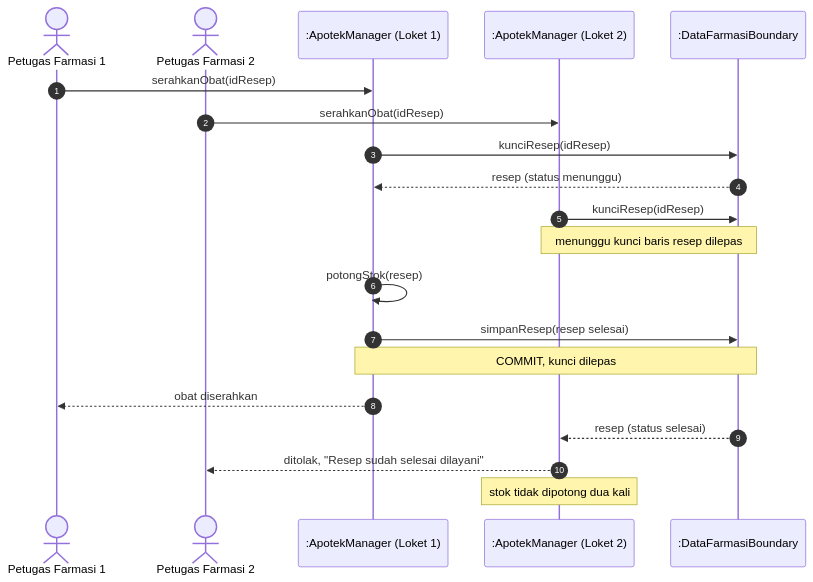
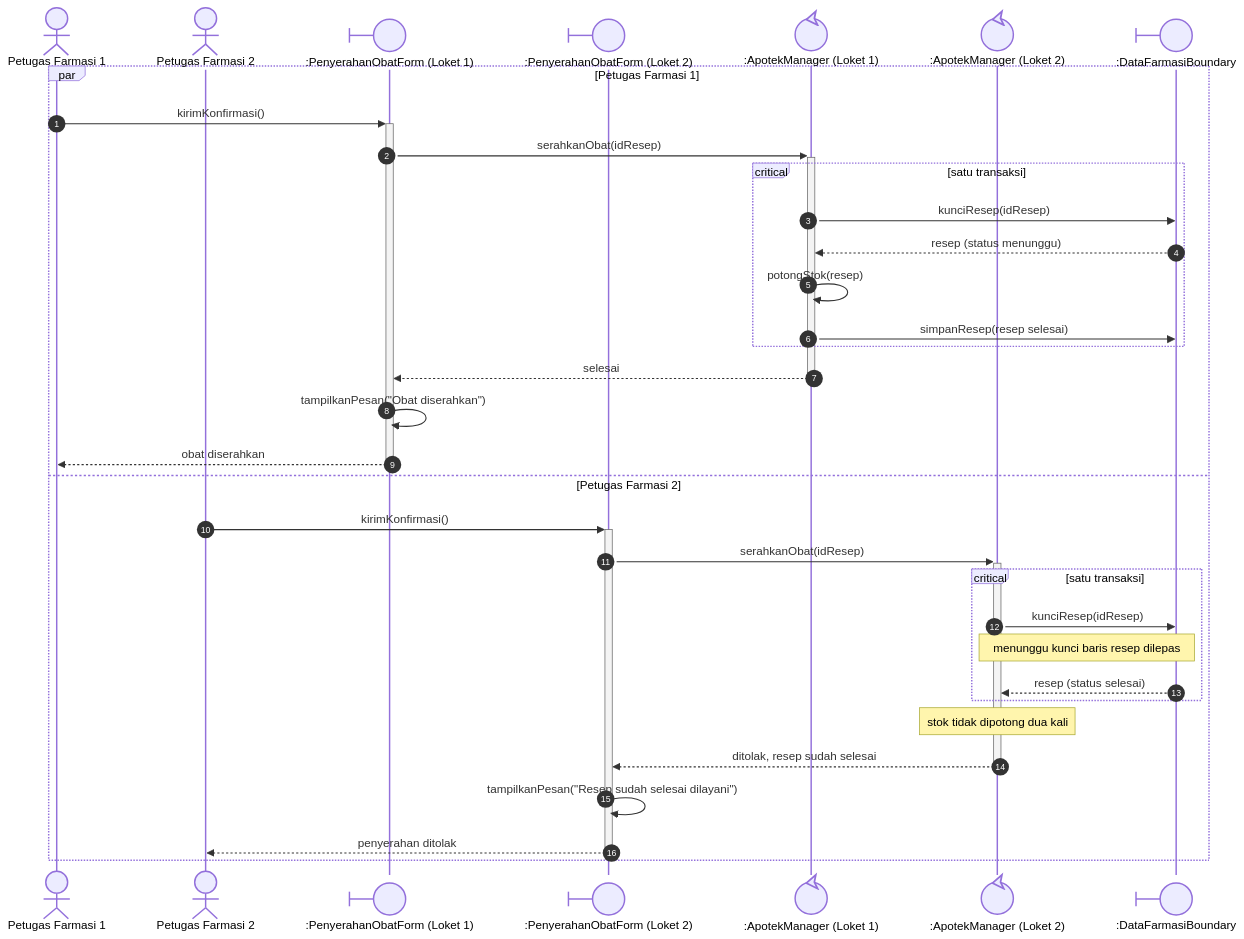
The diagram in docs/M7/assets/diagram/src/sequence-uc07-alt2.mmd (angseleong/IF2150-RPL-K02-G09), drawn with Mermaid before and after one commit. The commit also changed 54 other files, not shown here.

Commit message:
docs(m7): gambar ulang sequence UC07-UC12 dengan notasi BCE dan pangkas diagram kelas

```diff
--- a/docs/M7/assets/diagram/src/sequence-uc07-alt2.mmd
+++ b/docs/M7/assets/diagram/src/sequence-uc07-alt2.mmd
@@ -1,20 +1,34 @@
 sequenceDiagram
   autonumber
   actor A1 as Petugas Farmasi 1
   actor A2 as Petugas Farmasi 2
-  participant ApotekManager_1 as :ApotekManager (Loket 1)
-  participant ApotekManager_2 as :ApotekManager (Loket 2)
-  participant DataFarmasiBoundary as :DataFarmasiBoundary
-  A1->>ApotekManager_1: serahkanObat(idResep)
-  A2->>ApotekManager_2: serahkanObat(idResep)
-  ApotekManager_1->>DataFarmasiBoundary: kunciResep(idResep)
-  DataFarmasiBoundary-->>ApotekManager_1: resep (status menunggu)
-  ApotekManager_2->>DataFarmasiBoundary: kunciResep(idResep)
-  Note over ApotekManager_2,DataFarmasiBoundary: menunggu kunci baris resep dilepas
-  ApotekManager_1->>ApotekManager_1: potongStok(resep)
-  ApotekManager_1->>DataFarmasiBoundary: simpanResep(resep selesai)
-  Note over ApotekManager_1,DataFarmasiBoundary: COMMIT, kunci dilepas
-  ApotekManager_1-->>A1: obat diserahkan
-  DataFarmasiBoundary-->>ApotekManager_2: resep (status selesai)
-  ApotekManager_2-->>A2: ditolak, "Resep sudah selesai dilayani"
-  Note over ApotekManager_2: stok tidak dipotong dua kali
+  participant PenyerahanObatForm_1@{ "type": "boundary" } as :PenyerahanObatForm (Loket 1)
+  participant PenyerahanObatForm_2@{ "type": "boundary" } as :PenyerahanObatForm (Loket 2)
+  participant ApotekManager_1@{ "type": "control" } as :ApotekManager (Loket 1)
+  participant ApotekManager_2@{ "type": "control" } as :ApotekManager (Loket 2)
+  participant DataFarmasiBoundary@{ "type": "boundary" } as :DataFarmasiBoundary
+  par Petugas Farmasi 1
+    A1->>+PenyerahanObatForm_1: kirimKonfirmasi()
+    PenyerahanObatForm_1->>+ApotekManager_1: serahkanObat(idResep)
+    critical satu transaksi
+      ApotekManager_1->>DataFarmasiBoundary: kunciResep(idResep)
+      DataFarmasiBoundary-->>ApotekManager_1: resep (status menunggu)
+      ApotekManager_1->>ApotekManager_1: potongStok(resep)
+      ApotekManager_1->>DataFarmasiBoundary: simpanResep(resep selesai)
+    end
+    ApotekManager_1-->>-PenyerahanObatForm_1: selesai
+    PenyerahanObatForm_1->>PenyerahanObatForm_1: tampilkanPesan("Obat diserahkan")
+    PenyerahanObatForm_1-->>-A1: obat diserahkan
+  and Petugas Farmasi 2
+    A2->>+PenyerahanObatForm_2: kirimKonfirmasi()
+    PenyerahanObatForm_2->>+ApotekManager_2: serahkanObat(idResep)
+    critical satu transaksi
+      ApotekManager_2->>DataFarmasiBoundary: kunciResep(idResep)
+      Note over ApotekManager_2,DataFarmasiBoundary: menunggu kunci baris resep dilepas
+      DataFarmasiBoundary-->>ApotekManager_2: resep (status selesai)
+    end
+    Note over ApotekManager_2: stok tidak dipotong dua kali
+    ApotekManager_2-->>-PenyerahanObatForm_2: ditolak, resep sudah selesai
+    PenyerahanObatForm_2->>PenyerahanObatForm_2: tampilkanPesan("Resep sudah selesai dilayani")
+    PenyerahanObatForm_2-->>-A2: penyerahan ditolak
+  end
```
